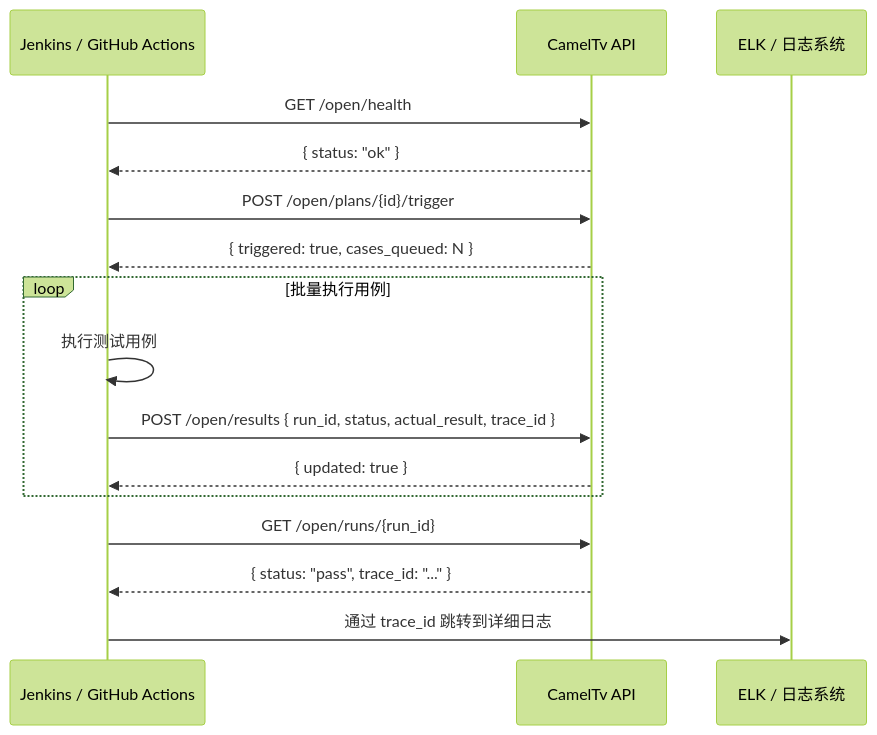
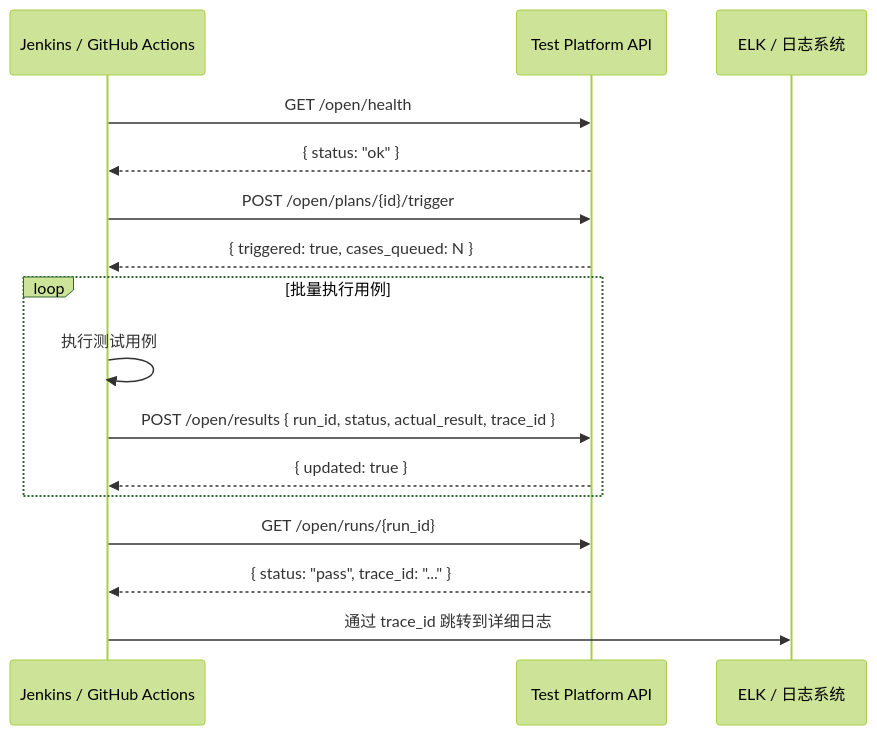
One commit to mojinru9527/cameltv-test-platform changed the diagram in docs/CI-Integration-Protocol.md. Above: the diagram before and after it, drawn with Mermaid (forest theme). The commit also changed other lines of this file and 619 other files, not shown here.

````diff
--- a/docs/CI-Integration-Protocol.md
+++ b/docs/CI-Integration-Protocol.md
@@ -157,23 +157,23 @@
 ```mermaid
 sequenceDiagram
     participant CI as Jenkins / GitHub Actions
-    participant API as CamelTv API
+    participant API as Test Platform API
     participant ELK as ELK / 日志系统
 
     CI->>API: GET /open/health
     API-->>CI: { status: "ok" }
 
     CI->>API: POST /open/plans/{id}/trigger
     API-->>CI: { triggered: true, cases_queued: N }
 
     loop 批量执行用例
         CI->>CI: 执行测试用例
         CI->>API: POST /open/results { run_id, status, actual_result, trace_id }
         API-->>CI: { updated: true }
     end
 
     CI->>API: GET /open/runs/{run_id}
     API-->>CI: { status: "pass", trace_id: "..." }
 
     CI->>ELK: 通过 trace_id 跳转到详细日志
 ```
````
